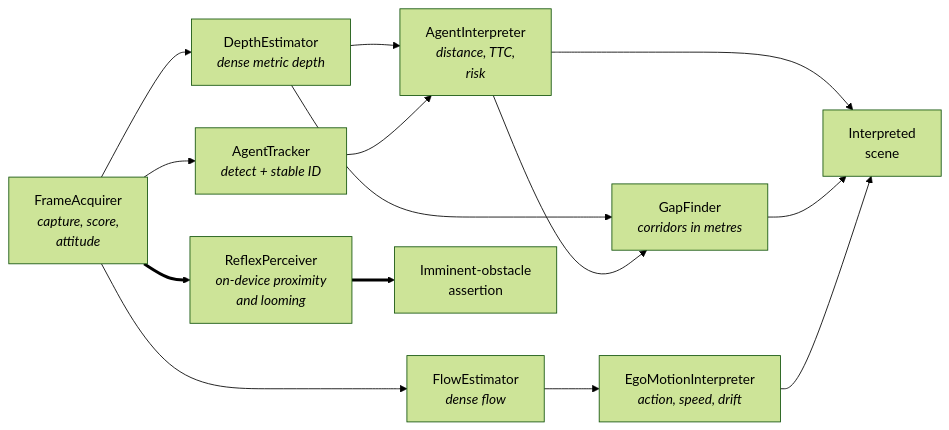
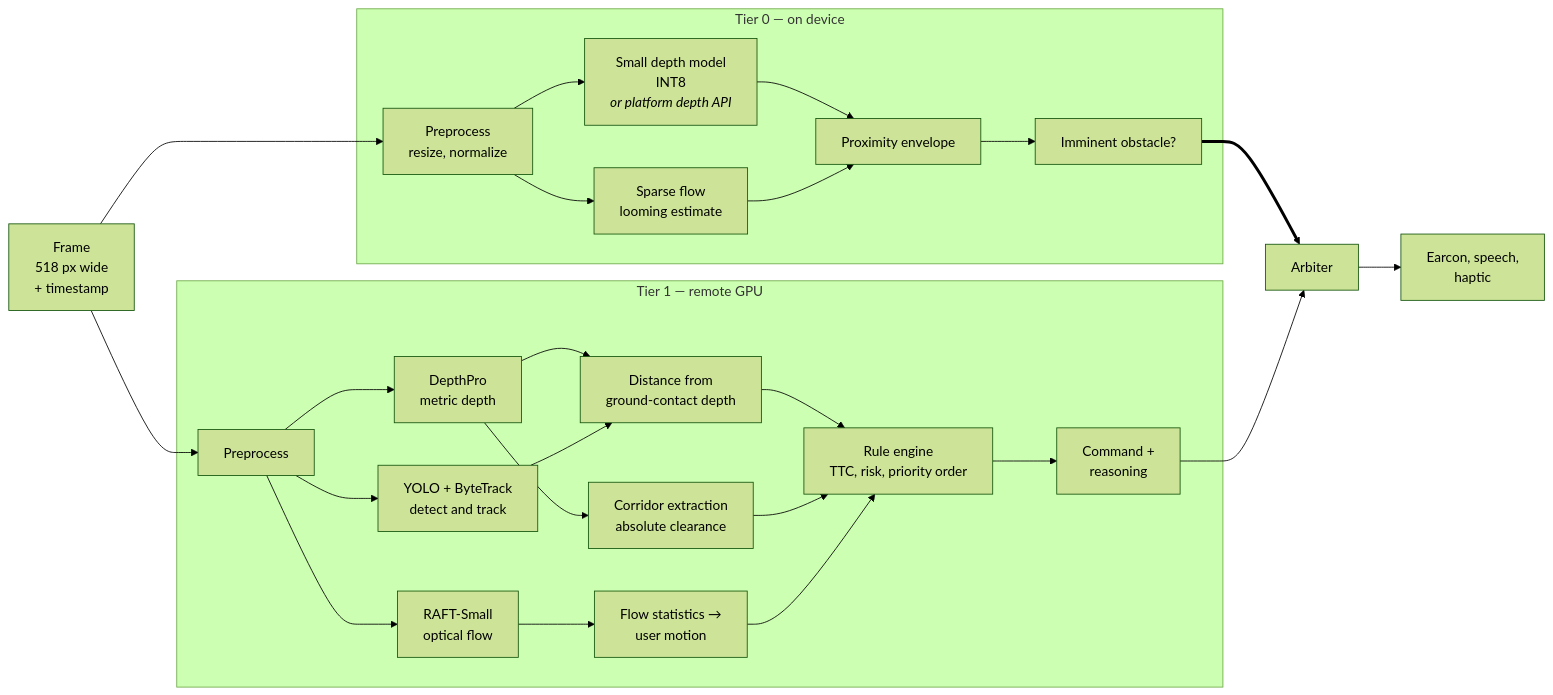
Before and after one commit to shahalam22/WalkSafe: the ninth of 10 diagrams in docs/SRS.md, drawn with Mermaid (forest theme). The commit also changed other lines of this file and 2 other files, not shown here.

````diff
--- a/docs/SRS.md
+++ b/docs/SRS.md
@@ -1397,16 +1030,32 @@
 ```mermaid
-graph LR
-    A["FrameAcquirer<br/><i>capture, score,<br/>attitude</i>"] --> B["DepthEstimator<br/><i>dense metric depth</i>"]
-    A --> C["AgentTracker<br/><i>detect + stable ID</i>"]
-    A --> D["FlowEstimator<br/><i>dense flow</i>"]
-    A ==> R["ReflexPerceiver<br/><i>on-device proximity<br/>and looming</i>"]
-    B --> E["AgentInterpreter<br/><i>distance, TTC,<br/>risk</i>"]
-    C --> E
-    B --> F["GapFinder<br/><i>corridors in metres</i>"]
-    E --> F
-    D --> G["EgoMotionInterpreter<br/><i>action, speed, drift</i>"]
-    E --> H["Interpreted<br/>scene"]
-    F --> H
-    G --> H
-    R ==> V["Imminent-obstacle<br/>assertion"]
+flowchart LR
+    IN["Frame<br/>518 px wide<br/>+ timestamp"] --> P1
+
+    subgraph T0P["Tier 0 — on device"]
+        P1["Preprocess<br/>resize, normalize"] --> M0["Small depth model<br/>INT8<br/><i>or platform depth API</i>"]
+        P1 --> LM["Sparse flow<br/>looming estimate"]
+        M0 --> PR["Proximity envelope"]
+        LM --> PR
+        PR --> A0["Imminent obstacle?"]
+    end
+
+    IN --> P2
+
+    subgraph T1P["Tier 1 — remote GPU"]
+        P2["Preprocess"] --> M1["DepthPro<br/>metric depth"]
+        P2 --> M2["YOLO + ByteTrack<br/>detect and track"]
+        P2 --> M3["RAFT-Small<br/>optical flow"]
+        M1 --> POST1["Distance from<br/>ground-contact depth"]
+        M2 --> POST1
+        M1 --> POST2["Corridor extraction<br/>absolute clearance"]
+        M3 --> POST3["Flow statistics →<br/>user motion"]
+        POST1 --> RULES["Rule engine<br/>TTC, risk, priority order"]
+        POST2 --> RULES
+        POST3 --> RULES
+        RULES --> A1["Command +<br/>reasoning"]
+    end
+
+    A0 ==> ARB["Arbiter"]
+    A1 --> ARB
+    ARB --> OUT["Earcon, speech,<br/>haptic"]
 ```
````
